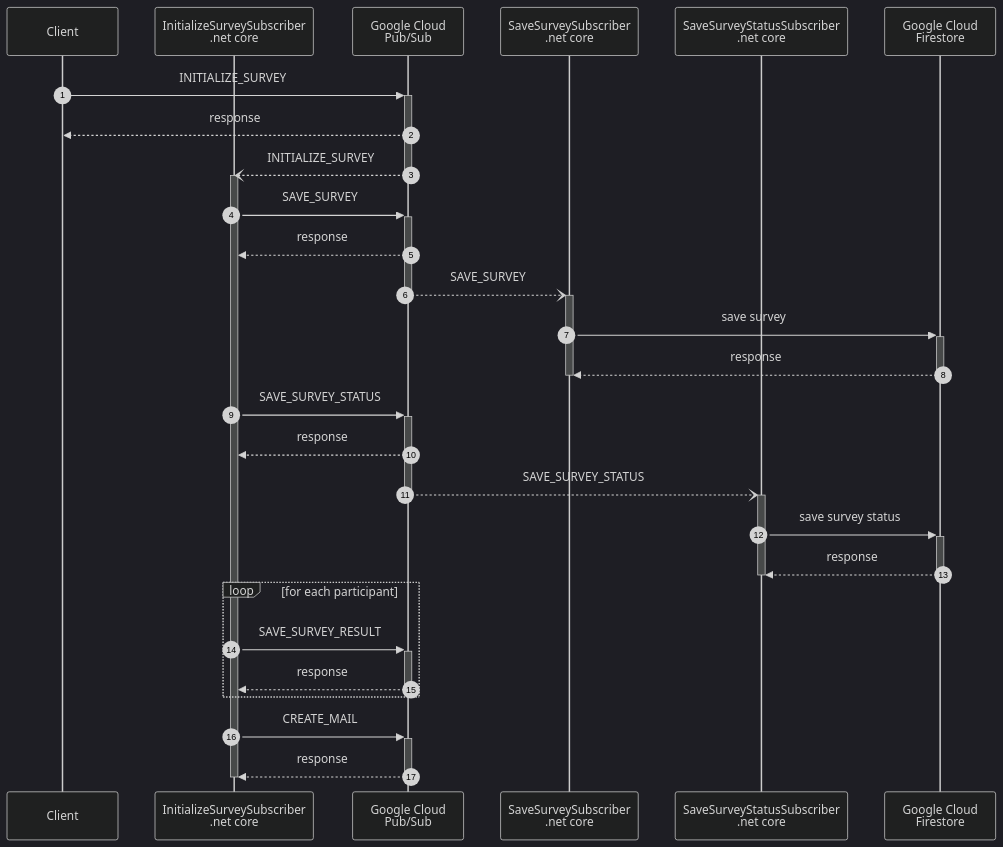
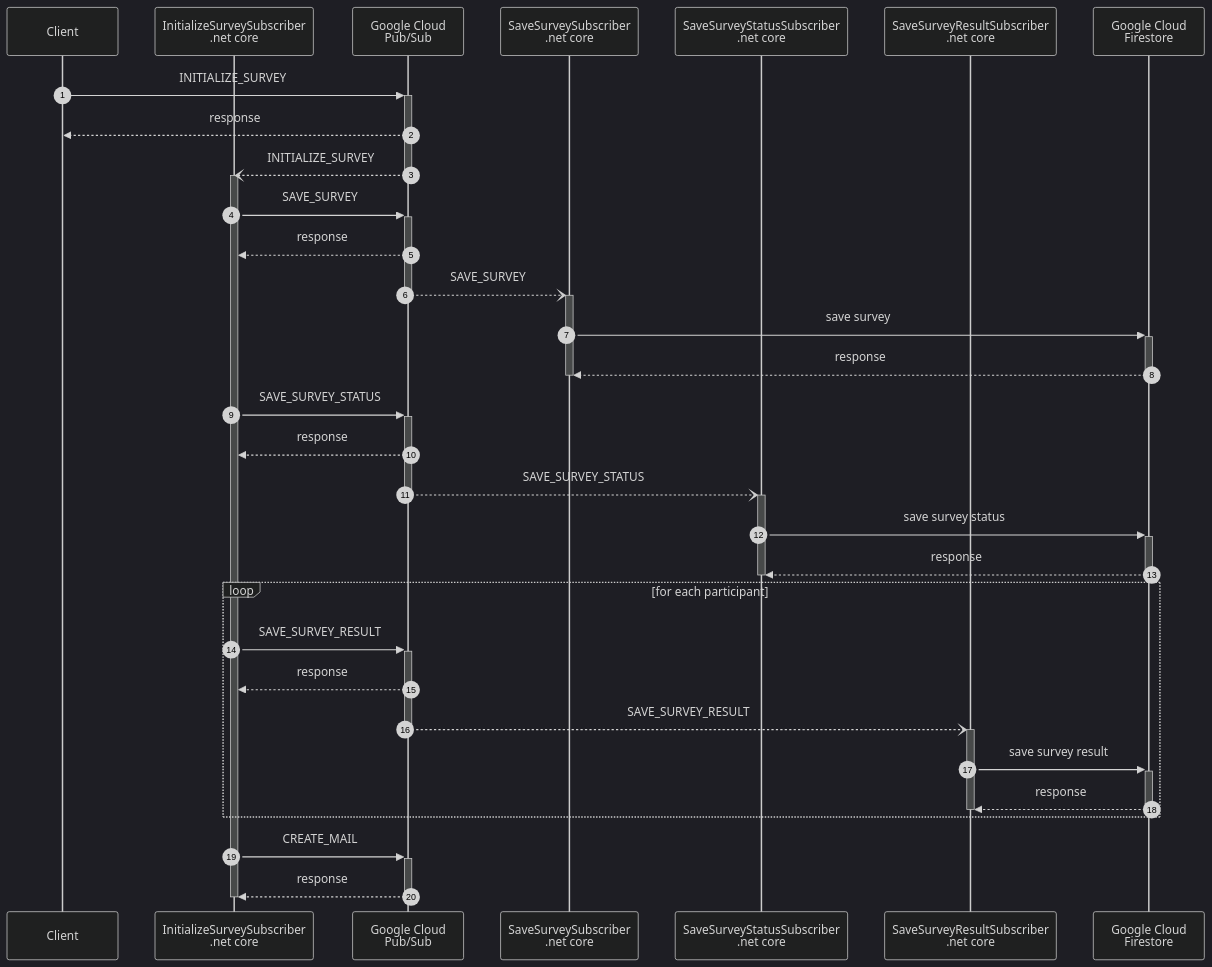
One commit to MichaelDiers/surveys changed the diagram in doc/initialize-survey.mermaid. Above: the diagram before and after it, drawn with Mermaid (dark theme). The commit also changed 1 other file, not shown here.

```diff
--- a/doc/initialize-survey.mermaid
+++ b/doc/initialize-survey.mermaid
@@ -1,42 +1,48 @@
 sequenceDiagram
     autonumber
     participant C as Client
     participant ISS as InitializeSurveySubscriber<br>.net core
     participant PS as Google Cloud<br>Pub/Sub
     participant SSS as SaveSurveySubscriber<br>.net core
     participant SSSS as SaveSurveyStatusSubscriber<br>.net core
+    participant SSRS as SaveSurveyResultSubscriber<br>.net core
     participant FS as Google Cloud<br>Firestore
     C->>+PS: INITIALIZE_SURVEY
     PS-->>C: response
     PS--)ISS: INITIALIZE_SURVEY
     deactivate PS
     activate ISS
     %% SAVE_SURVEY
     ISS->>+PS: SAVE_SURVEY
     PS-->>ISS: response
     PS--)+SSS: SAVE_SURVEY
     deactivate PS
     SSS->>+FS: save survey
     FS-->>SSS: response
     deactivate FS
     deactivate SSS
     %% SAVE_SURVEY_STATUS
     ISS->>+PS: SAVE_SURVEY_STATUS
     PS-->>ISS: response
     PS--)+SSSS: SAVE_SURVEY_STATUS
     deactivate PS
     SSSS->>+FS: save survey status
     FS-->>SSSS: response
     deactivate FS
     deactivate SSSS
     %% SAVE_SURVEY_RESULT
     loop for each participant
         ISS->>+PS: SAVE_SURVEY_RESULT
         PS-->>ISS: response
+        PS--)+SSRS: SAVE_SURVEY_RESULT
         deactivate PS
+        SSRS->>+FS: save survey result
+        FS-->>SSRS: response
+        deactivate FS
+        deactivate SSRS
     end
     %% CREATE_MAIL
     ISS->>+PS: CREATE_MAIL
     PS-->>ISS: response
     deactivate PS
     deactivate ISS
```
